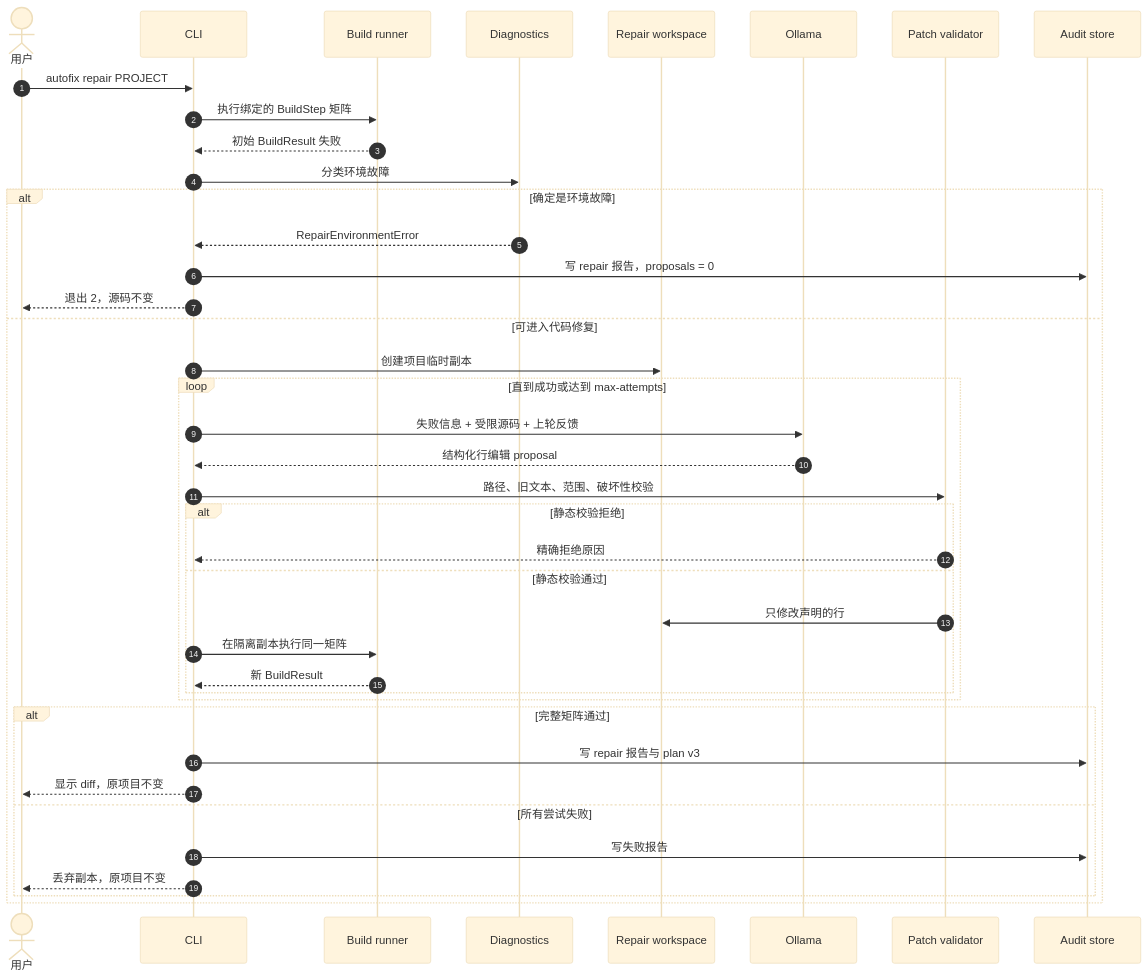
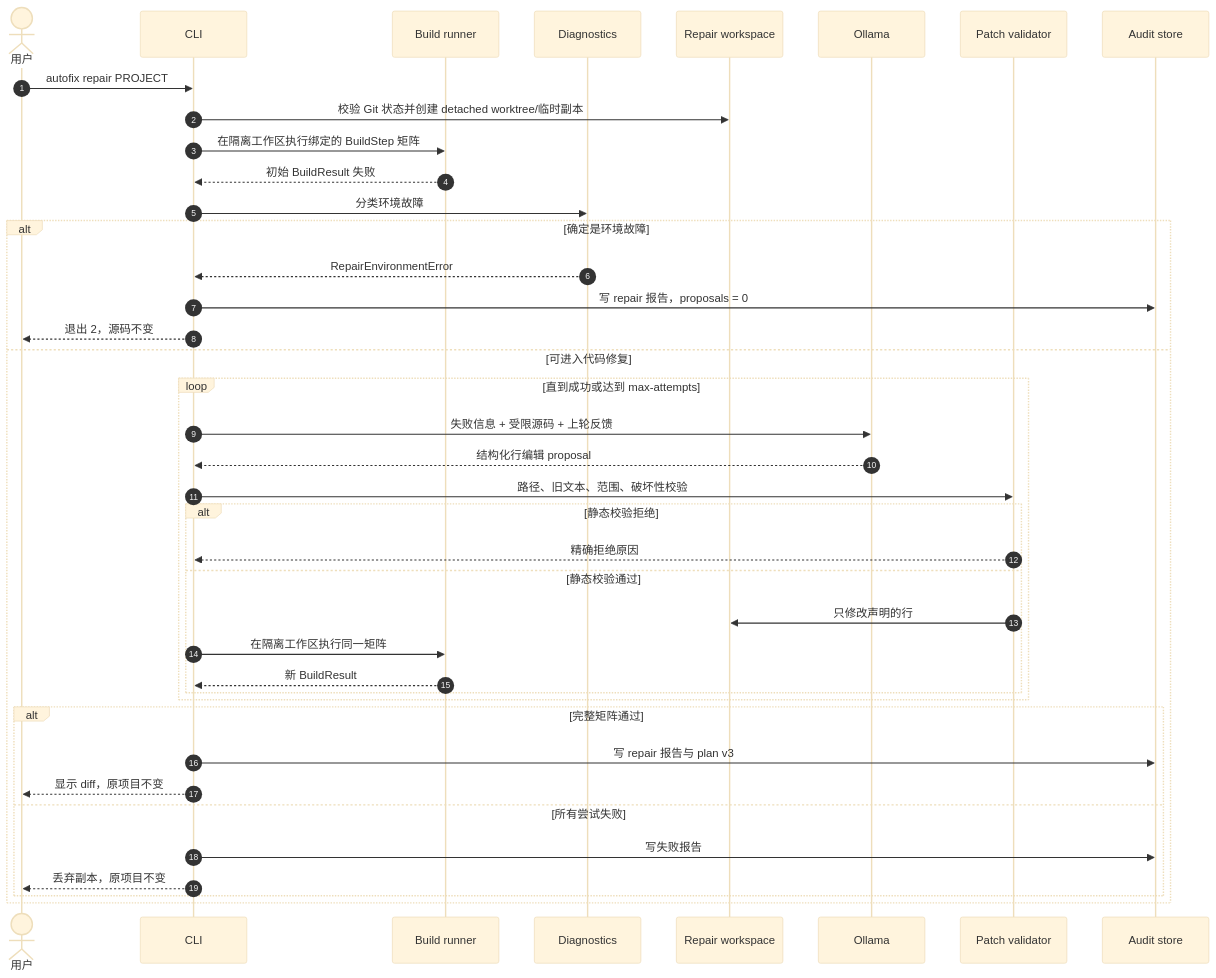
The fifth of 7 diagrams in docs/ARCHITECTURE_ZH.md (zhanghl-learner/docker-ollama-autofix), drawn with Mermaid (base theme) before and after one commit. The commit also changed other lines of this file and 9 other files, not shown here.

Commit message:
Add isolated Git worktree repair workflow

````diff
--- a/docs/ARCHITECTURE_ZH.md
+++ b/docs/ARCHITECTURE_ZH.md
@@ -427,43 +434,43 @@
 ```mermaid
 sequenceDiagram
     autonumber
     actor U as 用户
     participant C as CLI
     participant B as Build runner
     participant D as Diagnostics
     participant W as Repair workspace
     participant O as Ollama
     participant P as Patch validator
     participant A as Audit store
 
     U->>C: autofix repair PROJECT
-    C->>B: 执行绑定的 BuildStep 矩阵
+    C->>W: 校验 Git 状态并创建 detached worktree/临时副本
+    C->>B: 在隔离工作区执行绑定的 BuildStep 矩阵
     B-->>C: 初始 BuildResult 失败
     C->>D: 分类环境故障
     alt 确定是环境故障
         D-->>C: RepairEnvironmentError
         C->>A: 写 repair 报告，proposals = 0
         C-->>U: 退出 2，源码不变
     else 可进入代码修复
-        C->>W: 创建项目临时副本
         loop 直到成功或达到 max-attempts
             C->>O: 失败信息 + 受限源码 + 上轮反馈
             O-->>C: 结构化行编辑 proposal
             C->>P: 路径、旧文本、范围、破坏性校验
             alt 静态校验拒绝
                 P-->>C: 精确拒绝原因
             else 静态校验通过
                 P->>W: 只修改声明的行
-                C->>B: 在隔离副本执行同一矩阵
+                C->>B: 在隔离工作区执行同一矩阵
                 B-->>C: 新 BuildResult
             end
         end
         alt 完整矩阵通过
             C->>A: 写 repair 报告与 plan v3
             C-->>U: 显示 diff，原项目不变
         else 所有尝试失败
             C->>A: 写失败报告
             C-->>U: 丢弃副本，原项目不变
         end
     end
 ```
````
